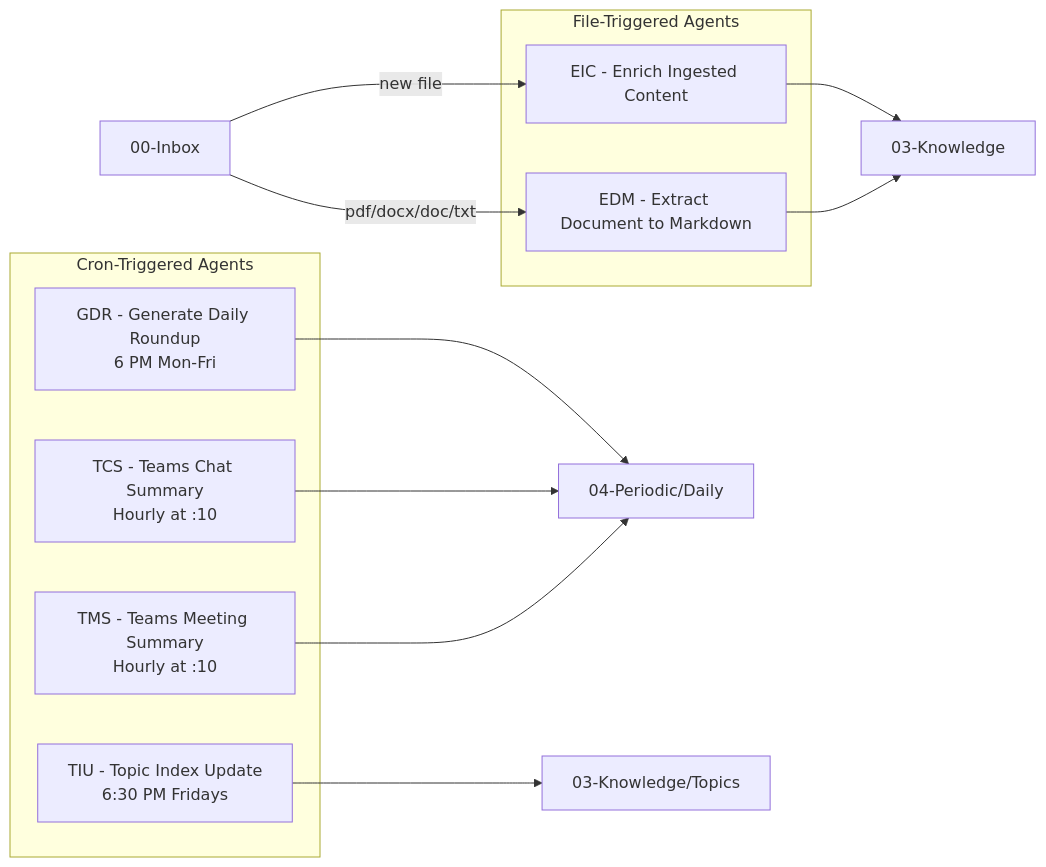
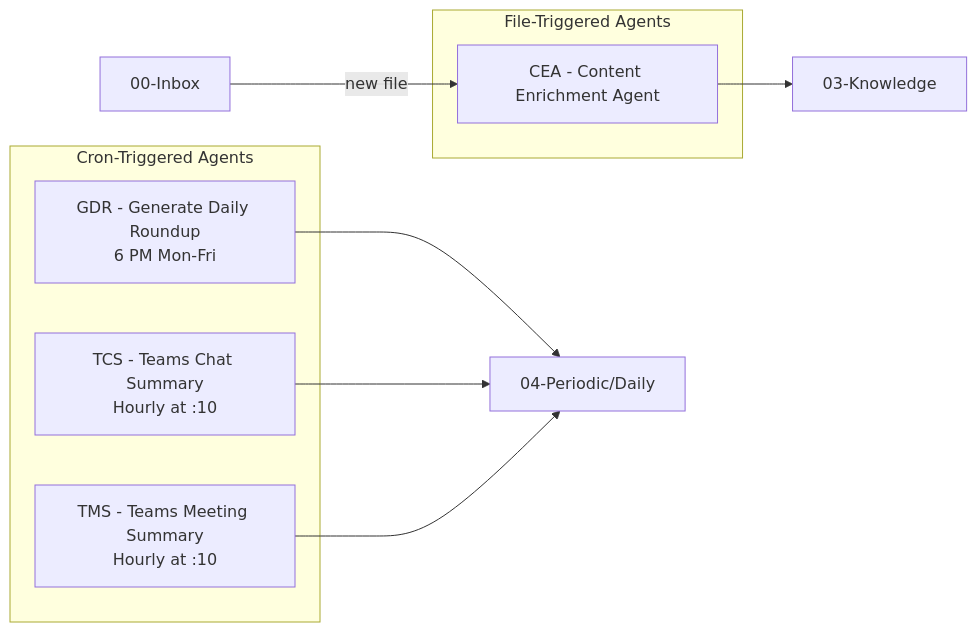
The sixth of 15 diagrams in cli/docs/DuckyAI-System-Design.md (kipackjeongMS/DuckyAI), drawn with Mermaid before and after one commit. The commit also changed other lines of this file and 173 other files, not shown here.

````diff
--- a/cli/docs/DuckyAI-System-Design.md
+++ b/cli/docs/DuckyAI-System-Design.md
@@ -295,24 +293,19 @@
 ```mermaid
 graph LR
     subgraph FILE_TRIGGERED["File-Triggered Agents"]
-        EIC["EIC - Enrich Ingested Content"]
-        EDM["EDM - Extract Document to Markdown"]
+        CEA["CEA - Content Enrichment Agent"]
     end
 
     subgraph CRON_TRIGGERED["Cron-Triggered Agents"]
         GDR["GDR - Generate Daily Roundup<br/>6 PM Mon-Fri"]
-        TIU["TIU - Topic Index Update<br/>6:30 PM Fridays"]
         TCS["TCS - Teams Chat Summary<br/>Hourly at :10"]
         TMS["TMS - Teams Meeting Summary<br/>Hourly at :10"]
     end
 
-    INB[00-Inbox] -->|new file| EIC
-    INB -->|pdf/docx/doc/txt| EDM
-    EIC --> KNW[03-Knowledge]
-    EDM --> KNW
+    INB[00-Inbox] -->|new file| CEA
+    CEA --> KNW[03-Knowledge]
 
     GDR --> DAILY[04-Periodic/Daily]
-    TIU --> TOPICS[03-Knowledge/Topics]
     TCS --> DAILY
     TMS --> DAILY
 ```
````
